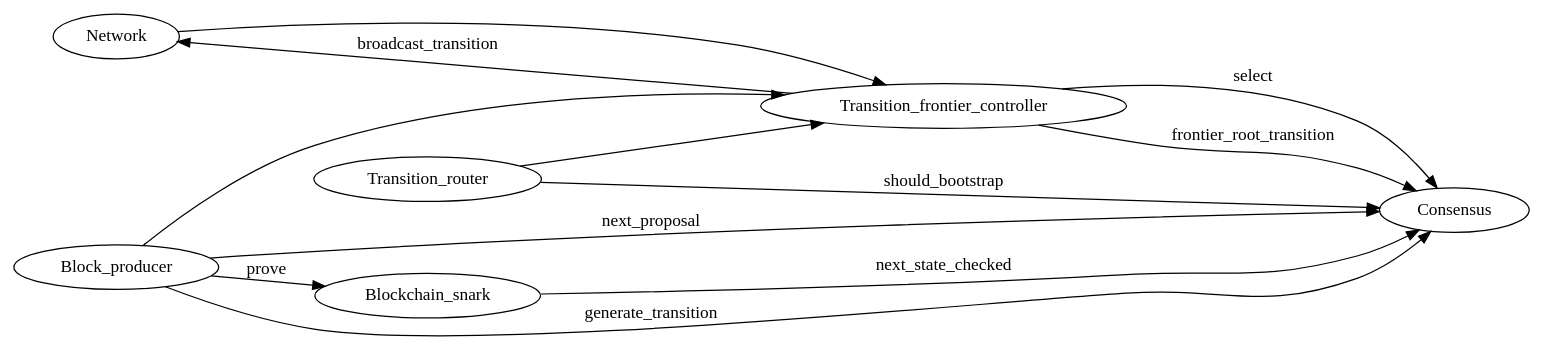
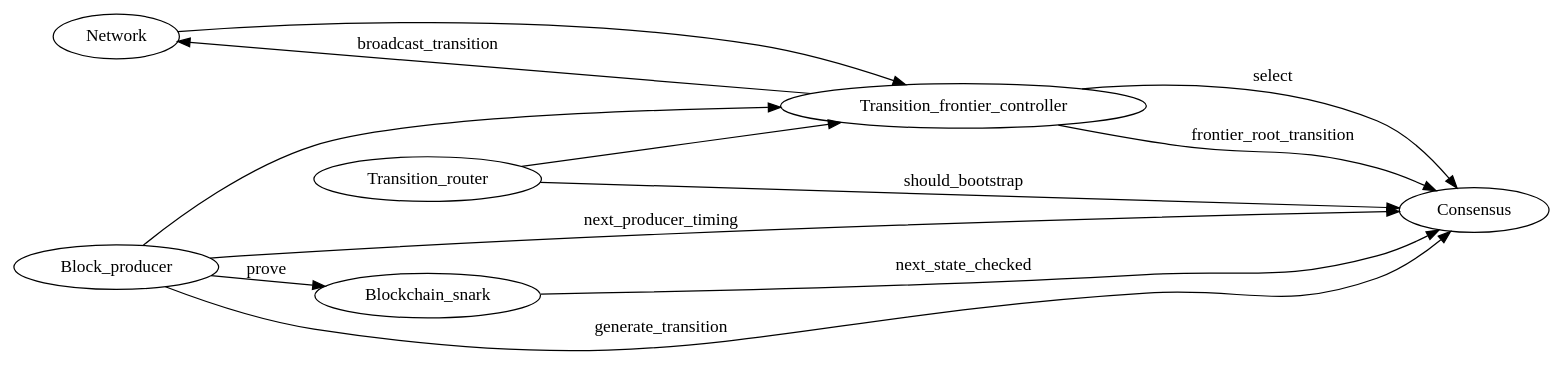
Before and after one commit to MinaProtocol/mina: the diagram in docs/res/consensus_hooks.dot, drawn with Graphviz. The commit also changed 10 other files, not shown here.

```diff
--- a/docs/res/consensus_hooks.dot
+++ b/docs/res/consensus_hooks.dot
@@ -1,21 +1,21 @@
 digraph G {
   rankdir=LR;
 
   { rank=source; Network; Block_producer }
   { rank=same; Transition_router; Blockchain_snark }
   { rank=sink; Consensus }
 
   {Network, Block_producer, Transition_router} -> Transition_frontier_controller;
   Transition_frontier_controller -> Network [label="broadcast_transition"];
 
   Transition_router -> Consensus [label="should_bootstrap"];
 
   Transition_frontier_controller -> Consensus [label="select"];
   Transition_frontier_controller -> Consensus [label="frontier_root_transition"];
 
   Block_producer -> Consensus [label="generate_transition"];
-  Block_producer -> Consensus [label="next_proposal"];
+  Block_producer -> Consensus [label="next_producer_timing"];
   Block_producer -> Blockchain_snark [label="prove"];
 
   Blockchain_snark -> Consensus [label="next_state_checked"];
 }
```
